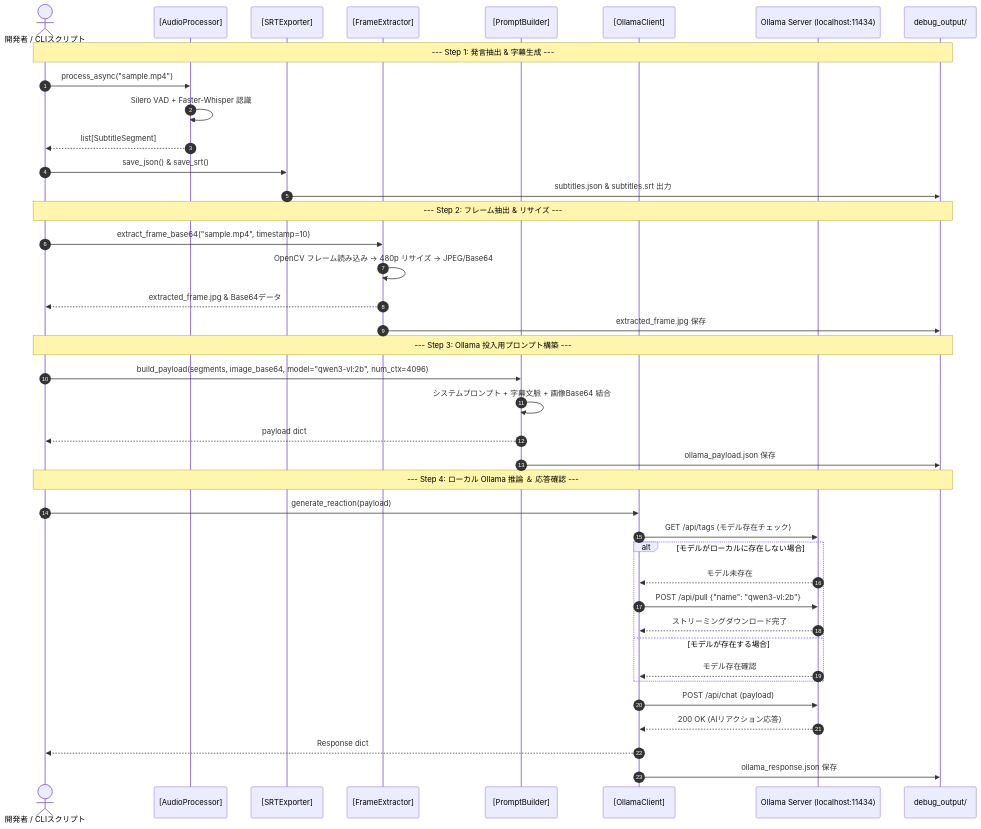
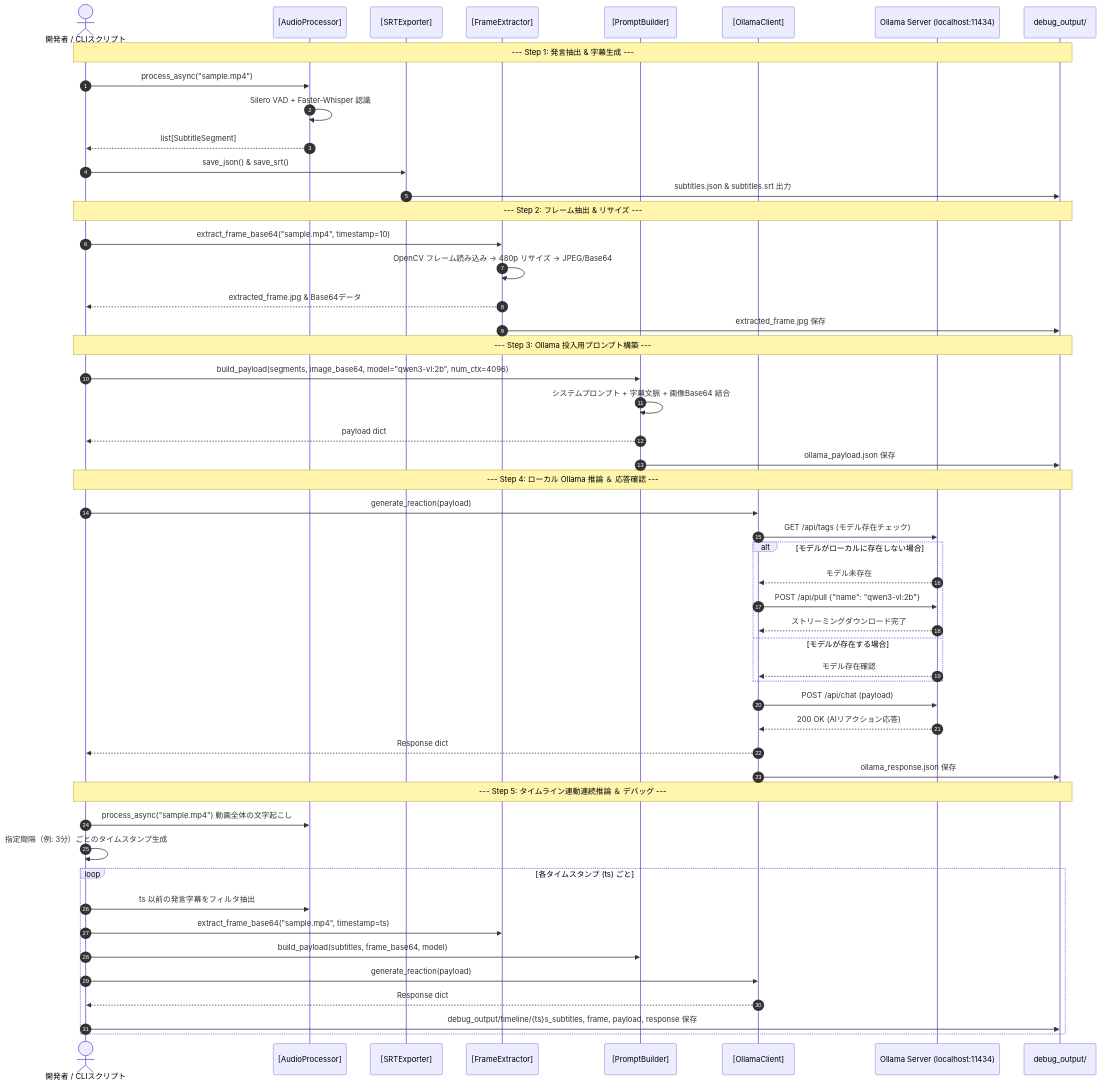
One commit to tk44fk40/lumi_companion changed the second of 2 diagrams in docs/PHASE1_PLAN.md. Above: the diagram before and after it, drawn with Mermaid. The commit also changed other lines of this file and 3 other files, not shown here.

````diff
--- a/docs/PHASE1_PLAN.md
+++ b/docs/PHASE1_PLAN.md
@@ -68,46 +68,58 @@
 ```mermaid
 sequenceDiagram
     autonumber
     actor Dev as 開発者 / CLIスクリプト
     participant AP as [AudioProcessor]
     participant SE as [SRTExporter]
     participant FE as [FrameExtractor]
     participant PB as [PromptBuilder]
     participant OC as [OllamaClient]
     participant OS as Ollama Server (localhost:11434)
     participant Out as debug_output/
 
     Note over Dev, Out: --- Step 1: 発言抽出 & 字幕生成 ---
     Dev->>AP: process_async("sample.mp4")
     AP->>AP: Silero VAD + Faster-Whisper 認識
     AP-->>Dev: list[SubtitleSegment]
     Dev->>SE: save_json() & save_srt()
     SE->>Out: subtitles.json & subtitles.srt 出力
 
     Note over Dev, Out: --- Step 2: フレーム抽出 & リサイズ ---
     Dev->>FE: extract_frame_base64("sample.mp4", timestamp=10)
     FE->>FE: OpenCV フレーム読み込み -> 480p リサイズ -> JPEG/Base64
     FE-->>Dev: extracted_frame.jpg & Base64データ
     FE->>Out: extracted_frame.jpg 保存
 
     Note over Dev, Out: --- Step 3: Ollama 投入用プロンプト構築 ---
     Dev->>PB: build_payload(segments, image_base64, model="qwen3-vl:2b", num_ctx=4096)
     PB->>PB: システムプロンプト + 字幕文脈 + 画像Base64 結合
     PB-->>Dev: payload dict
     PB->>Out: ollama_payload.json 保存
 
     Note over Dev, Out: --- Step 4: ローカル Ollama 推論 ＆ 応答確認 ---
     Dev->>OC: generate_reaction(payload)
     OC->>OS: GET /api/tags (モデル存在チェック)
     alt モデルがローカルに存在しない場合
         OS-->>OC: モデル未存在
         OC->>OS: POST /api/pull {"name": "qwen3-vl:2b"}
         OS-->>OC: ストリーミングダウンロード完了
     else モデルが存在する場合
         OS-->>OC: モデル存在確認
     end
     OC->>OS: POST /api/chat (payload)
     OS-->>OC: 200 OK (AIリアクション応答)
     OC-->>Dev: Response dict
     OC->>Out: ollama_response.json 保存
+
+    Note over Dev, Out: --- Step 5: タイムライン連動連続推論 ＆ デバッグ ---
+    Dev->>AP: process_async("sample.mp4") 動画全体の文字起こし
+    Dev->>Dev: 指定間隔（例: 3分）ごとのタイムスタンプ生成
+    loop 各タイムスタンプ (ts) ごと
+        Dev->>AP: ts 以前の発言字幕をフィルタ抽出
+        Dev->>FE: extract_frame_base64("sample.mp4", timestamp=ts)
+        Dev->>PB: build_payload(subtitles, frame_base64, model)
+        Dev->>OC: generate_reaction(payload)
+        OC-->>Dev: Response dict
+        Dev->>Out: debug_output/timeline/{ts}s_subtitles, frame, payload, response 保存
+    end
 ```
````
